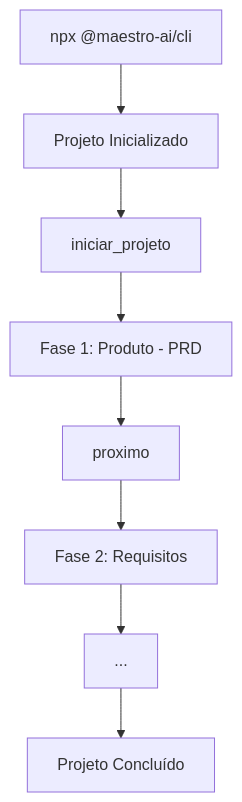
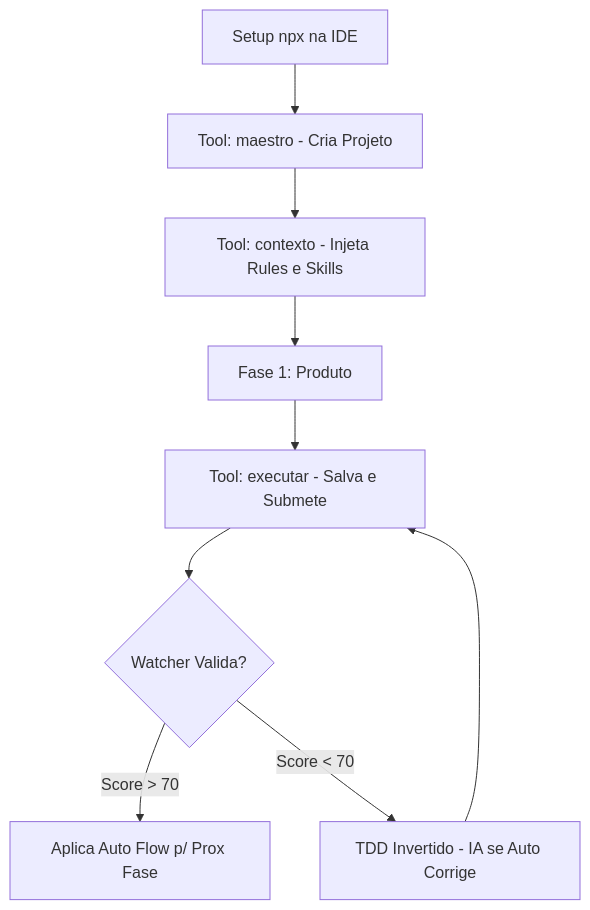
Before and after one commit to Matheus-Gama-deluna/Maestro: the diagram in README.md, drawn with Mermaid. The commit also changed other lines of this file and 21 other files, not shown here.

````diff
--- a/README.md
+++ b/README.md
@@ -100,10 +74,11 @@
 ```mermaid
 graph TD
-    A[npx @maestro-ai/cli] --> B[Projeto Inicializado]
-    B --> C[iniciar_projeto]
-    C --> D[Fase 1: Produto - PRD]
-    D --> E[proximo]
-    E --> F[Fase 2: Requisitos]
-    F --> G[...]
-    G --> H[Projeto Concluído]
+    A[Setup npx na IDE] --> B[Tool: maestro - Cria Projeto]
+    B --> C[Tool: contexto - Injeta Rules e Skills]
+    C --> D[Fase 1: Produto]
+    D --> E[Tool: executar - Salva e Submete]
+    E --> F{Watcher Valida?}
+    F -- Score > 70 --> G[Aplica Auto Flow p/ Prox Fase]
+    F -- Score < 70 --> H[TDD Invertido - IA se Auto Corrige]
+    H --> E
 ```
````
